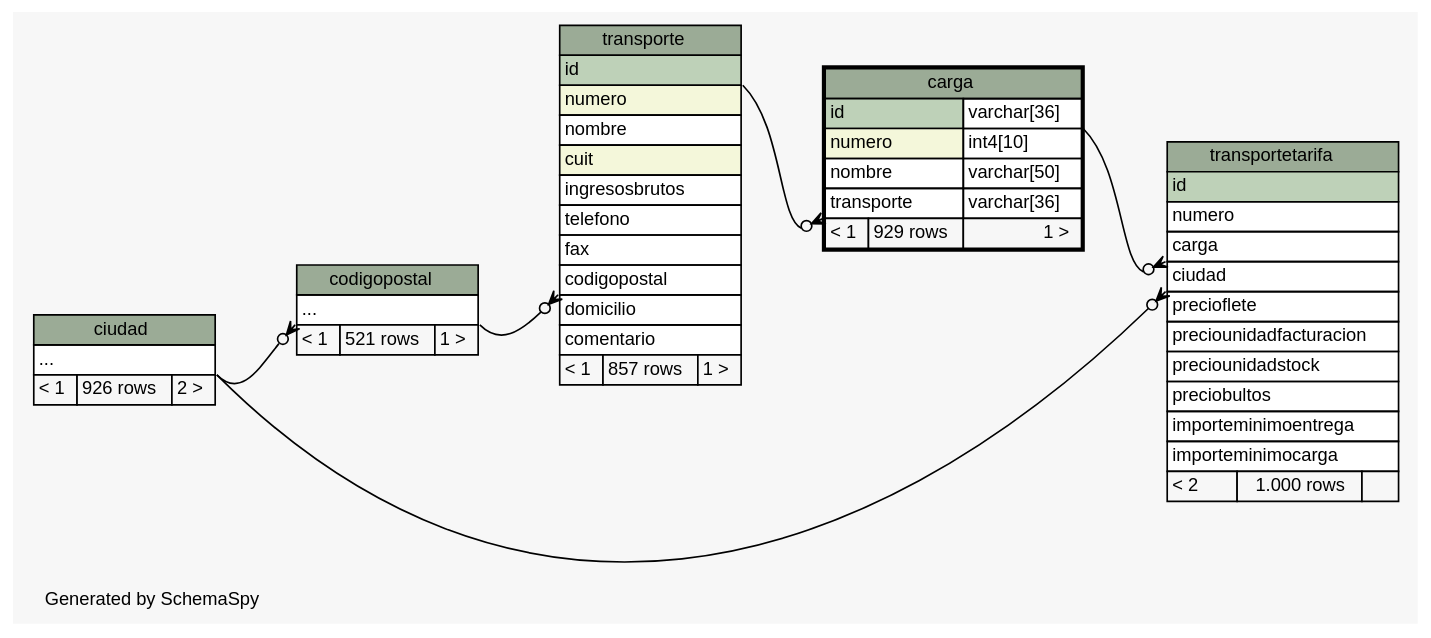
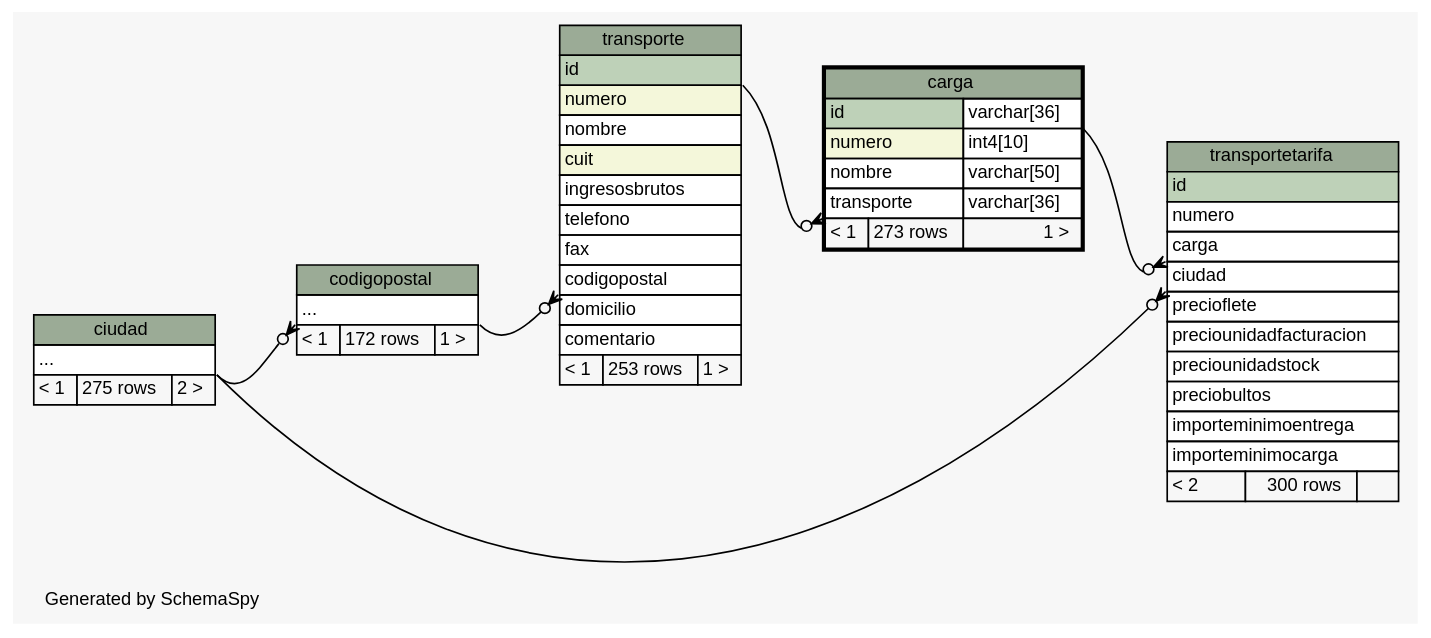
The diagram in postgresql/schemaSpy/salida/diagrams/carga.2degrees.dot (diegopablomansilla/massoftware_front), drawn with Graphviz before and after one commit. The commit also changed 298 other files, not shown here.

```diff
--- a/postgresql/schemaSpy/salida/diagrams/carga.2degrees.dot
+++ b/postgresql/schemaSpy/salida/diagrams/carga.2degrees.dot
@@ -1,98 +1,98 @@
 // dot 2.2.1 on Windows 10 10.0
 // SchemaSpy rev 590
 digraph "twoDegreesRelationshipsDiagram" {
   graph [
     rankdir="RL"
     bgcolor="#f7f7f7"
     label="\nGenerated by SchemaSpy"
     labeljust="l"
     nodesep="0.18"
     ranksep="0.46"
     fontname="Helvetica"
     fontsize="11"
   ];
   node [
     fontname="Helvetica"
     fontsize="11"
     shape="plaintext"
   ];
   edge [
     arrowsize="0.8"
   ];
   "carga":"transporte":sw -> "transporte":"id":se [arrowhead=none dir=back arrowtail=crowodot];
   "codigopostal":"elipses":sw -> "ciudad":"elipses":se [arrowhead=none dir=back arrowtail=crowodot];
   "transporte":"codigopostal":sw -> "codigopostal":"elipses":se [arrowhead=none dir=back arrowtail=crowodot];
   "transportetarifa":"carga":sw -> "carga":"id.type":se [arrowhead=none dir=back arrowtail=crowodot];
   "transportetarifa":"ciudad":sw -> "ciudad":"elipses":se [arrowhead=none dir=back arrowtail=crowodot];
   "carga" [
     label=<
     <TABLE BORDER="2" CELLBORDER="1" CELLSPACING="0" BGCOLOR="#ffffff">
       <TR><TD COLSPAN="3" BGCOLOR="#9bab96" ALIGN="CENTER">carga</TD></TR>
       <TR><TD PORT="id" COLSPAN="2" BGCOLOR="#bed1b8" ALIGN="LEFT">id</TD><TD PORT="id.type" ALIGN="LEFT">varchar[36]</TD></TR>
       <TR><TD PORT="numero" COLSPAN="2" BGCOLOR="#f4f7da" ALIGN="LEFT">numero</TD><TD PORT="numero.type" ALIGN="LEFT">int4[10]</TD></TR>
       <TR><TD PORT="nombre" COLSPAN="2" ALIGN="LEFT">nombre</TD><TD PORT="nombre.type" ALIGN="LEFT">varchar[50]</TD></TR>
       <TR><TD PORT="transporte" COLSPAN="2" ALIGN="LEFT">transporte</TD><TD PORT="transporte.type" ALIGN="LEFT">varchar[36]</TD></TR>
-      <TR><TD ALIGN="LEFT" BGCOLOR="#f7f7f7">&lt; 1</TD><TD ALIGN="RIGHT" BGCOLOR="#f7f7f7">929 rows</TD><TD ALIGN="RIGHT" BGCOLOR="#f7f7f7">1 &gt;</TD></TR>
+      <TR><TD ALIGN="LEFT" BGCOLOR="#f7f7f7">&lt; 1</TD><TD ALIGN="RIGHT" BGCOLOR="#f7f7f7">273 rows</TD><TD ALIGN="RIGHT" BGCOLOR="#f7f7f7">1 &gt;</TD></TR>
     </TABLE>>
     URL="carga.html"
     tooltip="carga"
   ];
   "ciudad" [
     label=<
     <TABLE BORDER="0" CELLBORDER="1" CELLSPACING="0" BGCOLOR="#ffffff">
       <TR><TD COLSPAN="3" BGCOLOR="#9bab96" ALIGN="CENTER">ciudad</TD></TR>
       <TR><TD PORT="elipses" COLSPAN="3" ALIGN="LEFT">...</TD></TR>
-      <TR><TD ALIGN="LEFT" BGCOLOR="#f7f7f7">&lt; 1</TD><TD ALIGN="RIGHT" BGCOLOR="#f7f7f7">926 rows</TD><TD ALIGN="RIGHT" BGCOLOR="#f7f7f7">2 &gt;</TD></TR>
+      <TR><TD ALIGN="LEFT" BGCOLOR="#f7f7f7">&lt; 1</TD><TD ALIGN="RIGHT" BGCOLOR="#f7f7f7">275 rows</TD><TD ALIGN="RIGHT" BGCOLOR="#f7f7f7">2 &gt;</TD></TR>
     </TABLE>>
     URL="ciudad.html"
     tooltip="ciudad"
   ];
   "codigopostal" [
     label=<
     <TABLE BORDER="0" CELLBORDER="1" CELLSPACING="0" BGCOLOR="#ffffff">
       <TR><TD COLSPAN="3" BGCOLOR="#9bab96" ALIGN="CENTER">codigopostal</TD></TR>
       <TR><TD PORT="elipses" COLSPAN="3" ALIGN="LEFT">...</TD></TR>
-      <TR><TD ALIGN="LEFT" BGCOLOR="#f7f7f7">&lt; 1</TD><TD ALIGN="RIGHT" BGCOLOR="#f7f7f7">521 rows</TD><TD ALIGN="RIGHT" BGCOLOR="#f7f7f7">1 &gt;</TD></TR>
+      <TR><TD ALIGN="LEFT" BGCOLOR="#f7f7f7">&lt; 1</TD><TD ALIGN="RIGHT" BGCOLOR="#f7f7f7">172 rows</TD><TD ALIGN="RIGHT" BGCOLOR="#f7f7f7">1 &gt;</TD></TR>
     </TABLE>>
     URL="codigopostal.html"
     tooltip="codigopostal"
   ];
   "transporte" [
     label=<
     <TABLE BORDER="0" CELLBORDER="1" CELLSPACING="0" BGCOLOR="#ffffff">
       <TR><TD COLSPAN="3" BGCOLOR="#9bab96" ALIGN="CENTER">transporte</TD></TR>
       <TR><TD PORT="id" COLSPAN="3" BGCOLOR="#bed1b8" ALIGN="LEFT">id</TD></TR>
       <TR><TD PORT="numero" COLSPAN="3" BGCOLOR="#f4f7da" ALIGN="LEFT">numero</TD></TR>
       <TR><TD PORT="nombre" COLSPAN="3" ALIGN="LEFT">nombre</TD></TR>
       <TR><TD PORT="cuit" COLSPAN="3" BGCOLOR="#f4f7da" ALIGN="LEFT">cuit</TD></TR>
       <TR><TD PORT="ingresosbrutos" COLSPAN="3" ALIGN="LEFT">ingresosbrutos</TD></TR>
       <TR><TD PORT="telefono" COLSPAN="3" ALIGN="LEFT">telefono</TD></TR>
       <TR><TD PORT="fax" COLSPAN="3" ALIGN="LEFT">fax</TD></TR>
       <TR><TD PORT="codigopostal" COLSPAN="3" ALIGN="LEFT">codigopostal</TD></TR>
       <TR><TD PORT="domicilio" COLSPAN="3" ALIGN="LEFT">domicilio</TD></TR>
       <TR><TD PORT="comentario" COLSPAN="3" ALIGN="LEFT">comentario</TD></TR>
-      <TR><TD ALIGN="LEFT" BGCOLOR="#f7f7f7">&lt; 1</TD><TD ALIGN="RIGHT" BGCOLOR="#f7f7f7">857 rows</TD><TD ALIGN="RIGHT" BGCOLOR="#f7f7f7">1 &gt;</TD></TR>
+      <TR><TD ALIGN="LEFT" BGCOLOR="#f7f7f7">&lt; 1</TD><TD ALIGN="RIGHT" BGCOLOR="#f7f7f7">253 rows</TD><TD ALIGN="RIGHT" BGCOLOR="#f7f7f7">1 &gt;</TD></TR>
     </TABLE>>
     URL="transporte.html"
     tooltip="transporte"
   ];
   "transportetarifa" [
     label=<
     <TABLE BORDER="0" CELLBORDER="1" CELLSPACING="0" BGCOLOR="#ffffff">
       <TR><TD COLSPAN="3" BGCOLOR="#9bab96" ALIGN="CENTER">transportetarifa</TD></TR>
       <TR><TD PORT="id" COLSPAN="3" BGCOLOR="#bed1b8" ALIGN="LEFT">id</TD></TR>
       <TR><TD PORT="numero" COLSPAN="3" ALIGN="LEFT">numero</TD></TR>
       <TR><TD PORT="carga" COLSPAN="3" ALIGN="LEFT">carga</TD></TR>
       <TR><TD PORT="ciudad" COLSPAN="3" ALIGN="LEFT">ciudad</TD></TR>
       <TR><TD PORT="precioflete" COLSPAN="3" ALIGN="LEFT">precioflete</TD></TR>
       <TR><TD PORT="preciounidadfacturacion" COLSPAN="3" ALIGN="LEFT">preciounidadfacturacion</TD></TR>
       <TR><TD PORT="preciounidadstock" COLSPAN="3" ALIGN="LEFT">preciounidadstock</TD></TR>
       <TR><TD PORT="preciobultos" COLSPAN="3" ALIGN="LEFT">preciobultos</TD></TR>
       <TR><TD PORT="importeminimoentrega" COLSPAN="3" ALIGN="LEFT">importeminimoentrega</TD></TR>
       <TR><TD PORT="importeminimocarga" COLSPAN="3" ALIGN="LEFT">importeminimocarga</TD></TR>
-      <TR><TD ALIGN="LEFT" BGCOLOR="#f7f7f7">&lt; 2</TD><TD ALIGN="RIGHT" BGCOLOR="#f7f7f7">1.000 rows</TD><TD ALIGN="RIGHT" BGCOLOR="#f7f7f7">  </TD></TR>
+      <TR><TD ALIGN="LEFT" BGCOLOR="#f7f7f7">&lt; 2</TD><TD ALIGN="RIGHT" BGCOLOR="#f7f7f7">300 rows</TD><TD ALIGN="RIGHT" BGCOLOR="#f7f7f7">  </TD></TR>
     </TABLE>>
     URL="transportetarifa.html"
     tooltip="transportetarifa"
   ];
 }
```
